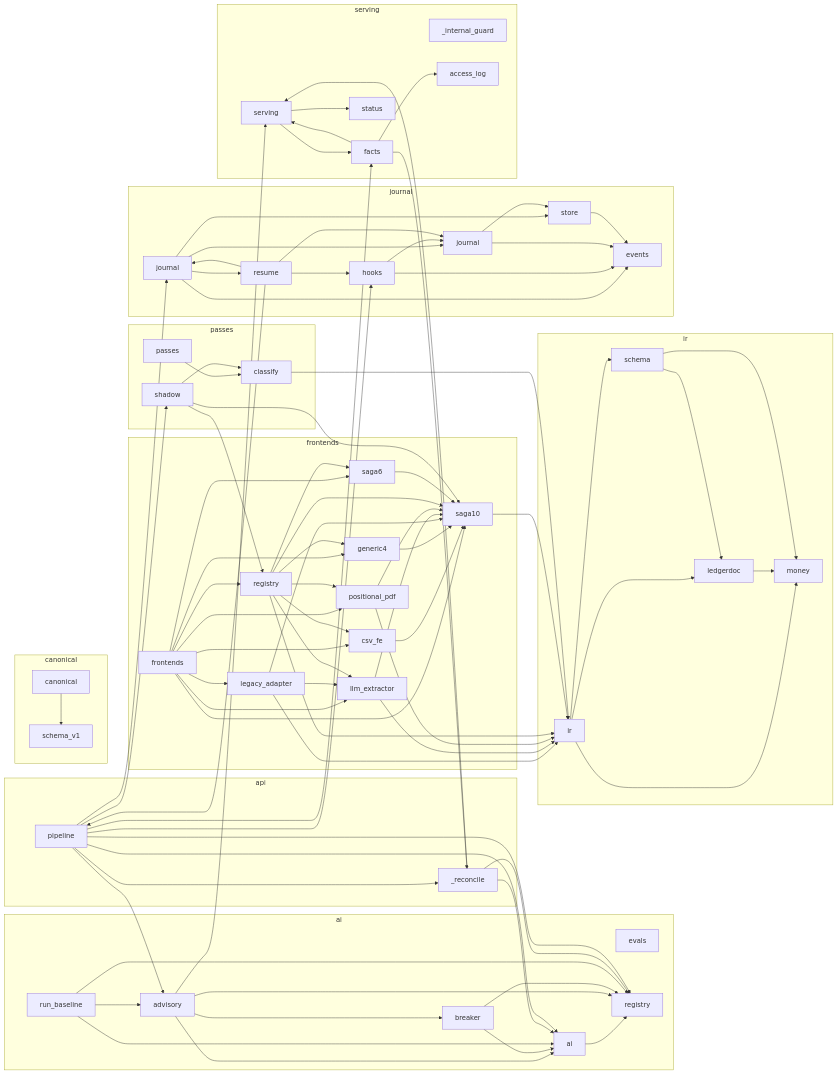
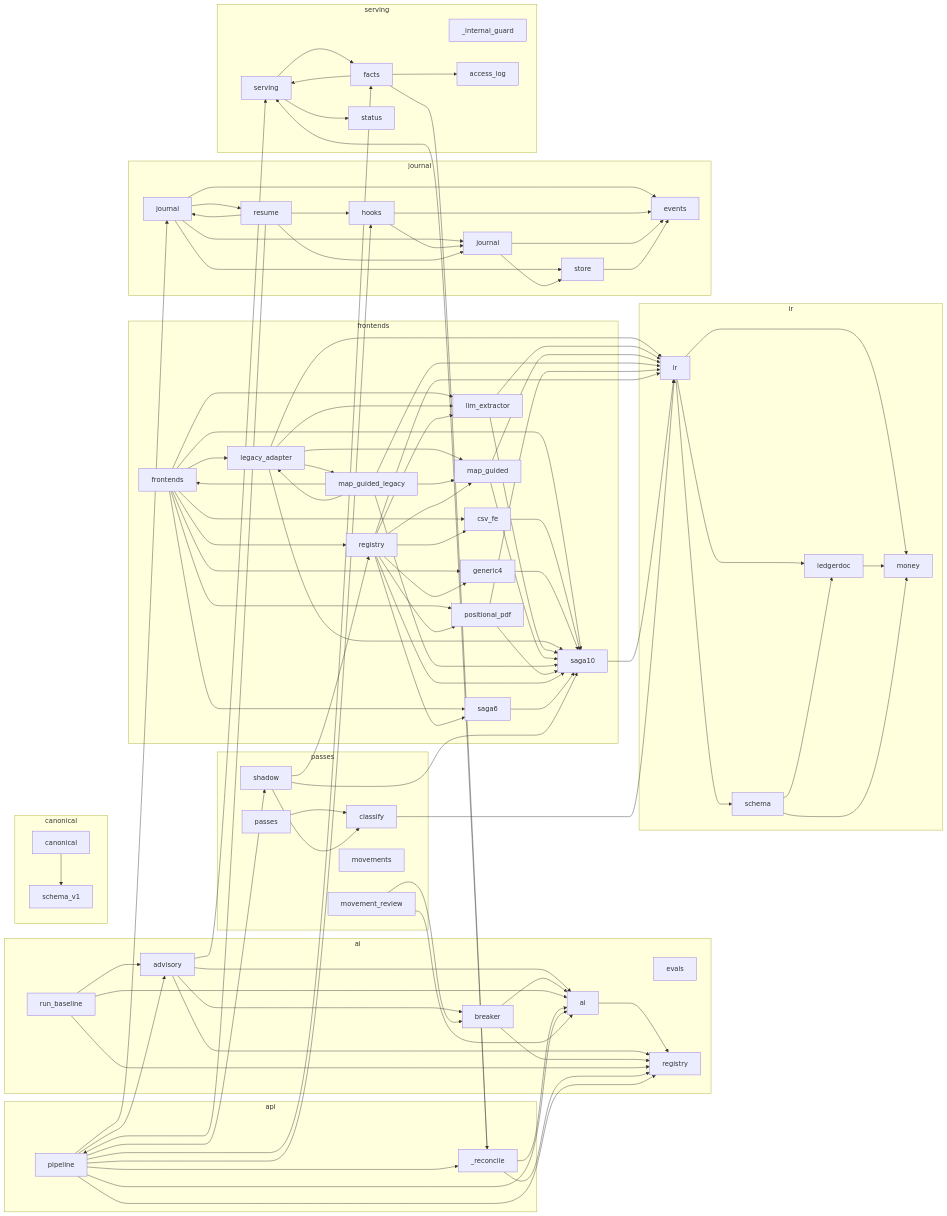
The third of 3 diagrams in docs/engine_book/architecture.md (AlexDC100/cfo-ai.io), drawn with Mermaid before and after one commit. The commit also changed other lines of this file and 59 other files, not shown here.

```diff
--- a/docs/engine_book/architecture.md
+++ b/docs/engine_book/architecture.md
@@ -145,6 +160,8 @@
         engine_frontends_generic4["generic4"]
         engine_frontends_legacy_adapter["legacy_adapter"]
         engine_frontends_llm_extractor["llm_extractor"]
+        engine_frontends_map_guided["map_guided"]
+        engine_frontends_map_guided_legacy["map_guided_legacy"]
         engine_frontends_positional_pdf["positional_pdf"]
         engine_frontends_registry["registry"]
         engine_frontends_saga10["saga10"]
@@ -167,6 +184,8 @@
     subgraph sg_passes["passes"]
         engine_passes["passes"]
         engine_passes_classify["classify"]
+        engine_passes_movement_review["movement_review"]
+        engine_passes_movements["movements"]
         engine_passes_shadow["shadow"]
     end
     subgraph sg_serving["serving"]
@@ -209,15 +228,25 @@
     engine_frontends_csv_fe --> engine_frontends_saga10
     engine_frontends_generic4 --> engine_frontends_saga10
     engine_frontends_legacy_adapter --> engine_frontends_llm_extractor
+    engine_frontends_legacy_adapter --> engine_frontends_map_guided
+    engine_frontends_legacy_adapter --> engine_frontends_map_guided_legacy
     engine_frontends_legacy_adapter --> engine_frontends_saga10
     engine_frontends_legacy_adapter --> engine_ir
     engine_frontends_llm_extractor --> engine_frontends_saga10
     engine_frontends_llm_extractor --> engine_ir
+    engine_frontends_map_guided --> engine_frontends_saga10
+    engine_frontends_map_guided --> engine_ir
+    engine_frontends_map_guided_legacy --> engine_frontends
+    engine_frontends_map_guided_legacy --> engine_frontends_legacy_adapter
+    engine_frontends_map_guided_legacy --> engine_frontends_map_guided
+    engine_frontends_map_guided_legacy --> engine_frontends_saga10
+    engine_frontends_map_guided_legacy --> engine_ir
     engine_frontends_positional_pdf --> engine_frontends_saga10
     engine_frontends_positional_pdf --> engine_ir
     engine_frontends_registry --> engine_frontends_csv_fe
     engine_frontends_registry --> engine_frontends_generic4
     engine_frontends_registry --> engine_frontends_llm_extractor
+    engine_frontends_registry --> engine_frontends_map_guided
     engine_frontends_registry --> engine_frontends_positional_pdf
     engine_frontends_registry --> engine_frontends_saga10
     engine_frontends_registry --> engine_frontends_saga6
@@ -245,6 +274,8 @@
     engine_journal_store --> engine_journal_events
     engine_passes --> engine_passes_classify
     engine_passes_classify --> engine_ir
+    engine_passes_movement_review --> engine_ai
+    engine_passes_movement_review --> engine_ai_breaker
     engine_passes_shadow --> engine_frontends_registry
     engine_passes_shadow --> engine_frontends_saga10
     engine_passes_shadow --> engine_passes_classify
```
